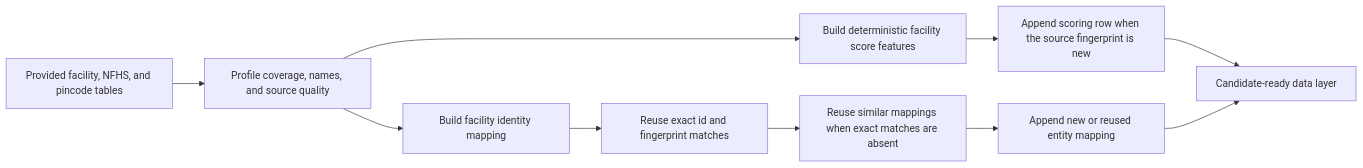
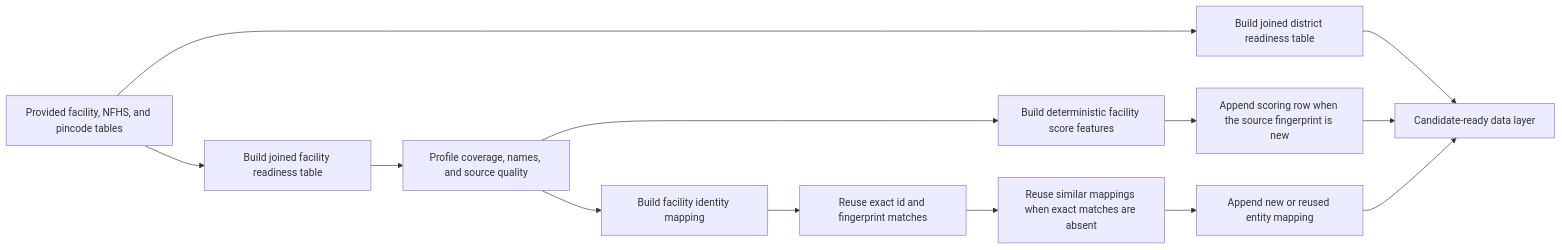
Before and after one commit to Pingying-Chen/DAIS-hackathon-2026: the second of 5 diagrams in README.md, drawn with Mermaid. The commit also changed other lines of this file and 11 other files, not shown here.

Commit message:
Add v9 joined data and Lakebase feedback pipelines

````diff
--- a/README.md
+++ b/README.md
@@ -92,12 +102,15 @@
 ```mermaid
 flowchart LR
-    provided["Provided facility, NFHS, and pincode tables"] --> profile["Profile coverage, names, and source quality"]
+    provided["Provided facility, NFHS, and pincode tables"] --> joined_facility["Build joined facility readiness table"]
+    provided --> joined_district["Build joined district readiness table"]
+    joined_facility --> profile["Profile coverage, names, and source quality"]
     profile --> score["Build deterministic facility score features"]
     profile --> identity["Build facility identity mapping"]
     score --> score_cache["Append scoring row when the source fingerprint is new"]
     identity --> exact["Reuse exact id and fingerprint matches"]
     exact --> similar["Reuse similar mappings when exact matches are absent"]
     similar --> entity_cache["Append new or reused entity mapping"]
-    score_cache --> ready["Candidate-ready data layer"]
+    joined_district --> ready["Candidate-ready data layer"]
+    score_cache --> ready
     entity_cache --> ready
 ```
````
